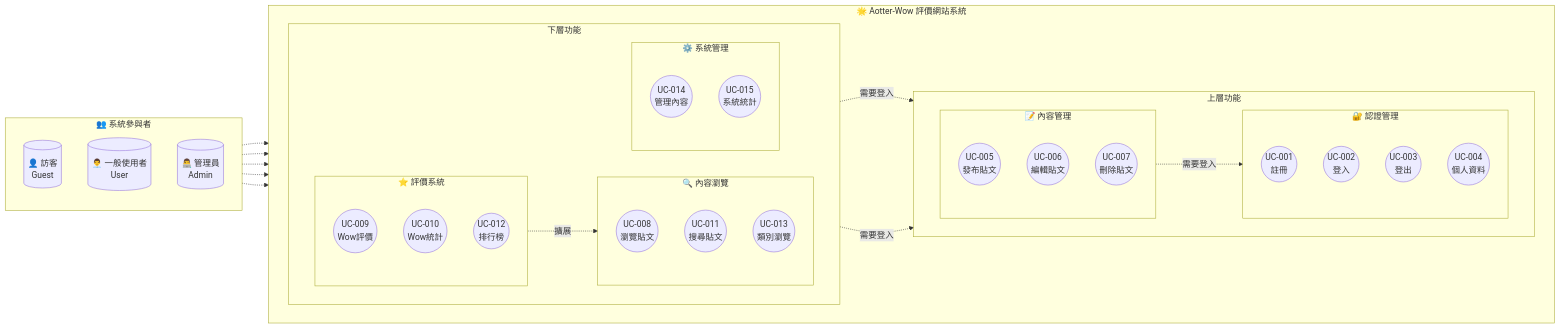
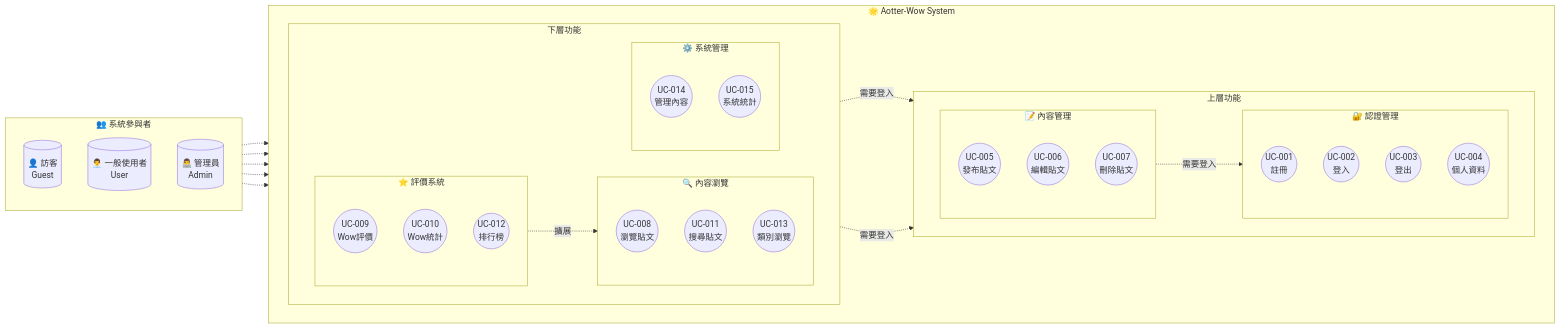
One commit to ayugioh2003/ooad-ai changed the first of 3 diagrams in aotter-wow-system/docs/use-cases.md. Above: the diagram before and after it, drawn with Mermaid.

Commit message:
feat: 更新使用案例圖標題，統一系統名稱格式

````diff
--- a/aotter-wow-system/docs/use-cases.md
+++ b/aotter-wow-system/docs/use-cases.md
@@ -13,77 +13,77 @@
 ```mermaid
 flowchart LR
     %% 參與者定義 (左側)
     subgraph Actors ["👥 系統參與者"]
         direction TB
         Guest[("👤 訪客<br/>Guest")]
         User[("👨‍💼 一般使用者<br/>User")]
         Admin[("👨‍💻 管理員<br/>Admin")]
     end
     
     %% 系統邊界與功能分組 (橫向排列)
-    subgraph System ["🌟 Aotter-Wow 評價網站系統"]
+    subgraph System ["🌟 Aotter-Wow System"]
         direction LR
         
         %% 第一排功能模組
         subgraph Row1 ["上層功能"]
             direction LR
             
             subgraph Auth ["🔐 認證管理"]
                 direction TB
                 UC001(("UC-001<br/>註冊"))
                 UC002(("UC-002<br/>登入"))
                 UC003(("UC-003<br/>登出"))
                 UC004(("UC-004<br/>個人資料"))
             end
             
             subgraph Content ["📝 內容管理"]
                 direction TB
                 UC005(("UC-005<br/>發布貼文"))
                 UC006(("UC-006<br/>編輯貼文"))
                 UC007(("UC-007<br/>刪除貼文"))
             end
         end
         
         %% 第二排功能模組
         subgraph Row2 ["下層功能"]
             direction LR
             
             subgraph Browse ["🔍 內容瀏覽"]
                 direction TB
                 UC008(("UC-008<br/>瀏覽貼文"))
                 UC011(("UC-011<br/>搜尋貼文"))
                 UC013(("UC-013<br/>類別瀏覽"))
             end
             
             subgraph Rating ["⭐ 評價系統"]
                 direction TB
                 UC009(("UC-009<br/>Wow評價"))
                 UC010(("UC-010<br/>Wow統計"))
                 UC012(("UC-012<br/>排行榜"))
             end
             
             subgraph Management ["⚙️ 系統管理"]
                 direction TB
                 UC014(("UC-014<br/>管理內容"))
                 UC015(("UC-015<br/>系統統計"))
             end
         end
     end
     
     %% 參與者與功能的連接 (簡化線條)
     Actors -.-> Auth
     Actors -.-> Browse
     
     User -.-> Content
     User -.-> Rating
     
     Admin -.-> Management
     
     %% 重要的包含關係
     Content -.->|需要登入| Auth
     Rating -.->|需要登入| Auth
     Management -.->|需要登入| Auth
     
     %% 擴展關係
     Rating -.->|擴展| Browse
 ```
````
